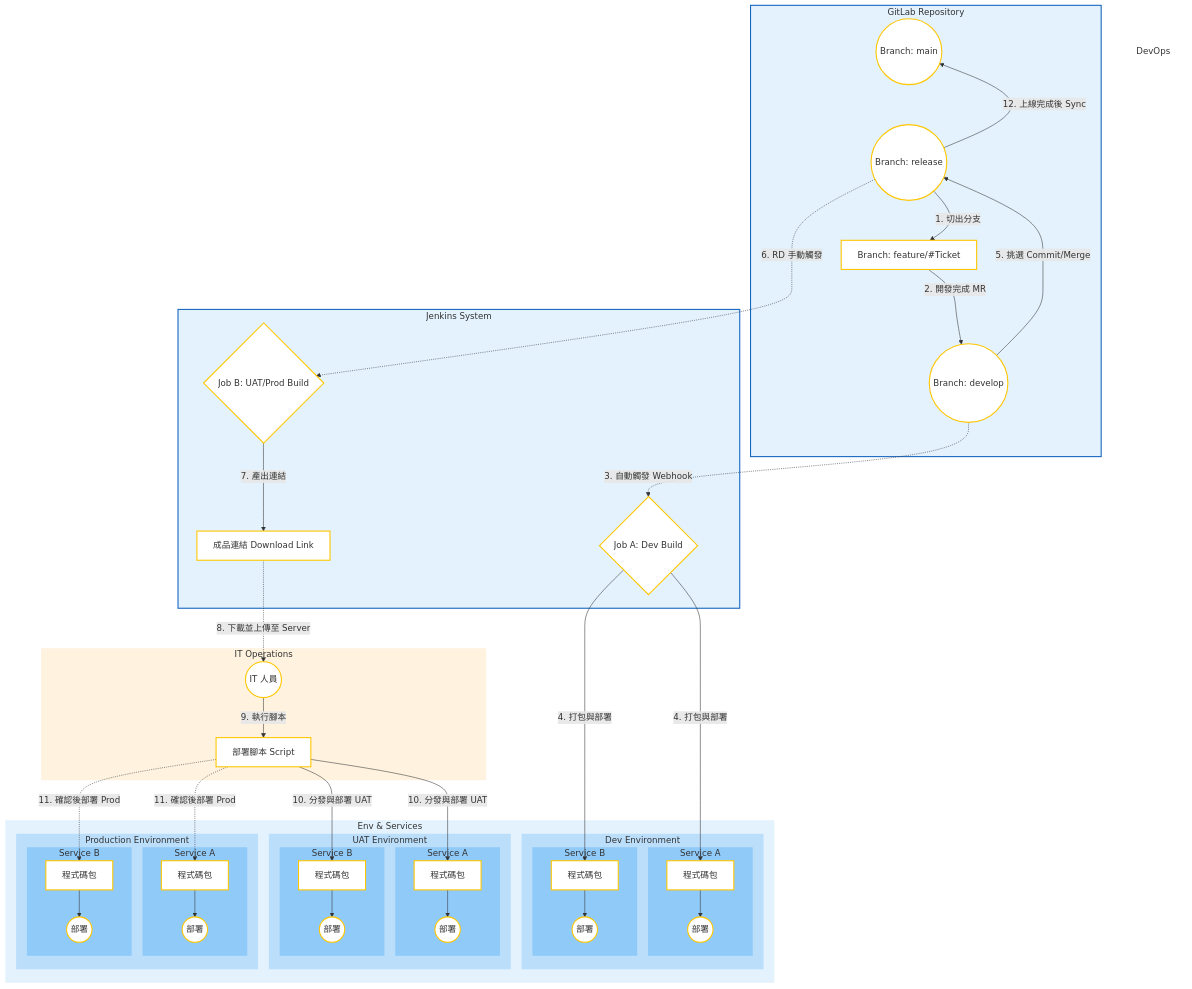
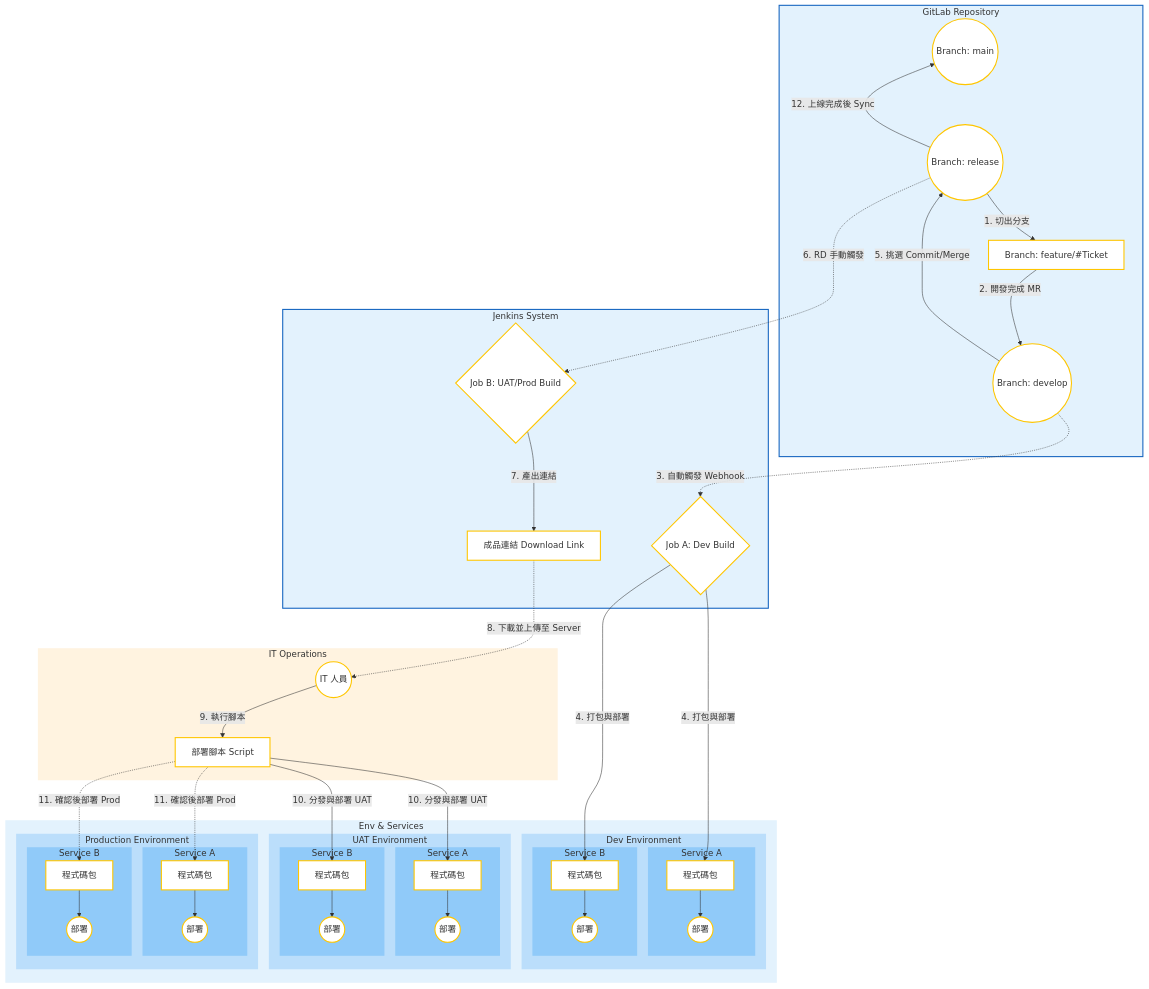
The second of 2 diagrams in SIT/ReleaseWorkFlow.md (almightyken0425/KnowledgeVault), drawn with Mermaid before and after one commit.

```diff
--- a/SIT/ReleaseWorkFlow.md
+++ b/SIT/ReleaseWorkFlow.md
@@ -56,14 +56,12 @@
     classDef deployAction fill:#FFFFFF,stroke:#FFC600,stroke-width:2px;
 
     %% 節點定義
-    %% direction LR  <-- Removed to default to TB (Top-Bottom) for vertical stacking
     subgraph Git_Repo [GitLab Repository]
         Main((Branch: main)):::branch
         Release((Branch: release)):::branch
         Develop((Branch: develop)):::branch
         Feature[Branch: feature/#Ticket]:::branch
 
-        %% 強制排版順序: Main 在最左邊
         Main ~~~ Release ~~~ Feature ~~~ Develop
     end
 
@@ -138,12 +136,22 @@
 
     Release -->|12. 上線完成後 Sync| Main
 
+    %% 佈局調整用隱藏線 Layout Helpers
+    %% 強制將 Jenkins (CI_CD) 推到 Git (Git_Repo) 下方
+    Release ~~~ JobB
+    Develop ~~~ JobA
+    
+    %% 強制將 IT Operations (ITUser) 推到 Jenkins 下方
+    JobB ~~~ ITUser
+    Artifact ~~~ ITUser
+    
+    %% 強制 Environments 位於最下方
+    ITUser ~~~ DevPkgA
+
     %% Subgraph Styles
     %% Level 1: Lightest Blue
     style Git_Repo fill:#E3F2FD,stroke:#1565C0,stroke-width:2px
     style CI_CD fill:#E3F2FD,stroke:#1565C0,stroke-width:2px
-    style DevOps fill:none,stroke:none,stroke-width:0px
-
     style Environments fill:#E3F2FD,stroke:#1565C0,stroke-width:0px
     style Operations fill:#FFF3E0,stroke:#E65100,stroke-width:0px
 
```
